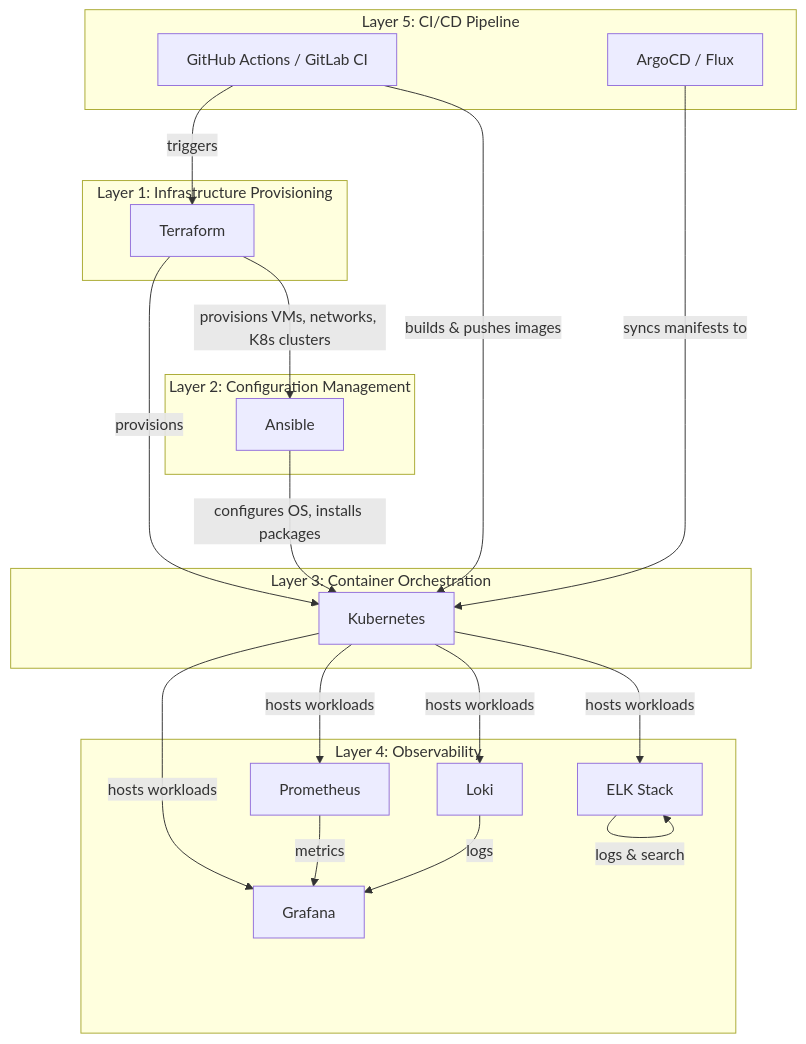
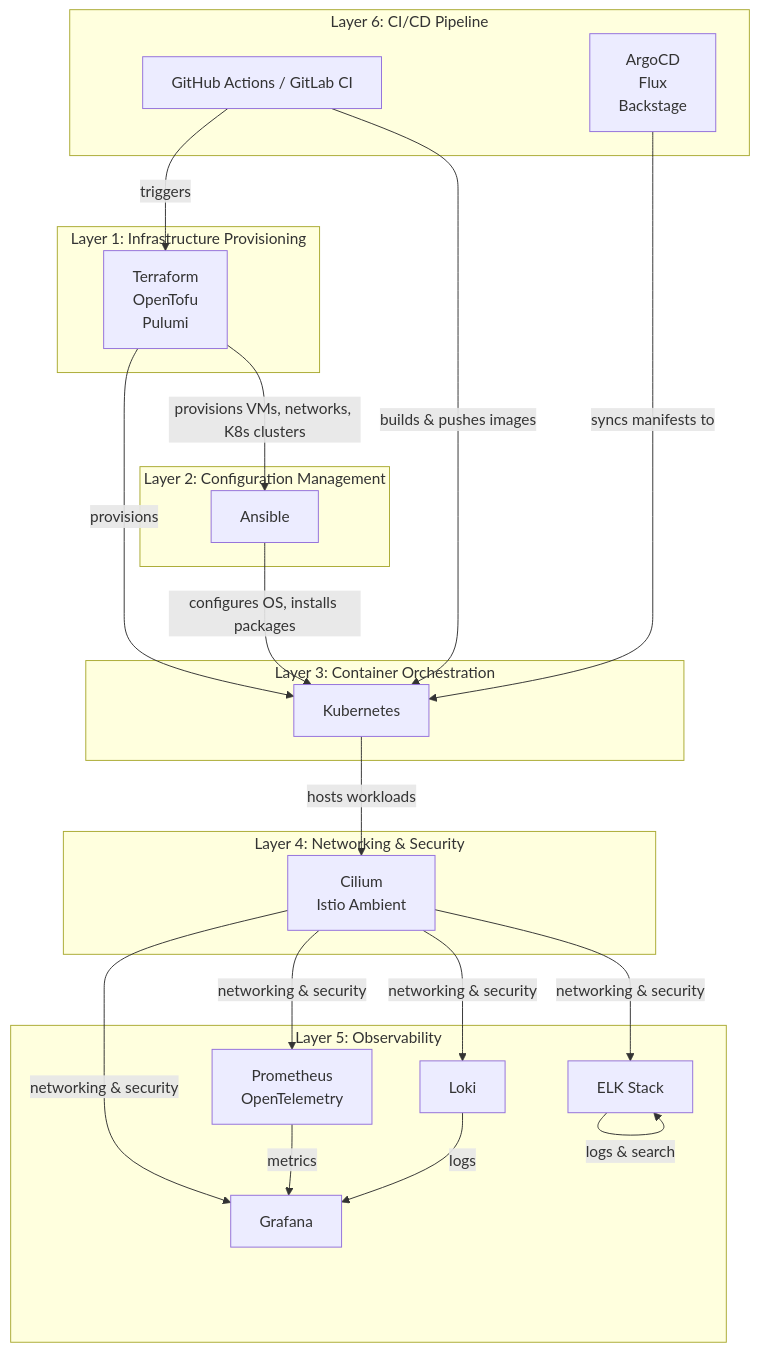
The first of 9 diagrams in docs-site/content/docs/devops-stack.md (adurrr/ai-devsecops-workflows), drawn with Mermaid before and after one commit. The commit also changed other lines of this file, not shown here.

````diff
--- a/docs-site/content/docs/devops-stack.md
+++ b/docs-site/content/docs/devops-stack.md
@@ -37,40 +39,45 @@
 ```mermaid
 graph TB
     subgraph "Layer 1: Infrastructure Provisioning"
-        TF[Terraform]
+        TF[Terraform<br/>OpenTofu<br/>Pulumi]
     end
 
     subgraph "Layer 2: Configuration Management"
         ANS[Ansible]
     end
 
     subgraph "Layer 3: Container Orchestration"
         K8S[Kubernetes]
     end
 
-    subgraph "Layer 4: Observability"
-        PROM[Prometheus]
+    subgraph "Layer 4: Networking & Security"
+        CIL[Cilium<br/>Istio Ambient]
+    end
+
+    subgraph "Layer 5: Observability"
+        PROM[Prometheus<br/>OpenTelemetry]
         GRAF[Grafana]
         LOKI[Loki]
         ELK[ELK Stack]
     end
 
-    subgraph "Layer 5: CI/CD Pipeline"
+    subgraph "Layer 6: CI/CD Pipeline"
         CI[GitHub Actions / GitLab CI]
-        ARGO[ArgoCD / Flux]
+        ARGO[ArgoCD<br/>Flux<br/>Backstage]
     end
 
     TF -->|provisions VMs, networks, K8s clusters| ANS
     TF -->|provisions| K8S
     ANS -->|configures OS, installs packages| K8S
-    K8S -->|hosts workloads| PROM
-    K8S -->|hosts workloads| GRAF
-    K8S -->|hosts workloads| LOKI
-    K8S -->|hosts workloads| ELK
+    K8S -->|hosts workloads| CIL
+    CIL -->|networking & security| PROM
+    CIL -->|networking & security| GRAF
+    CIL -->|networking & security| LOKI
+    CIL -->|networking & security| ELK
     CI -->|triggers| TF
     CI -->|builds & pushes images| K8S
     ARGO -->|syncs manifests to| K8S
     PROM -->|metrics| GRAF
     LOKI -->|logs| GRAF
     ELK -->|logs & search| ELK
 ```
````
